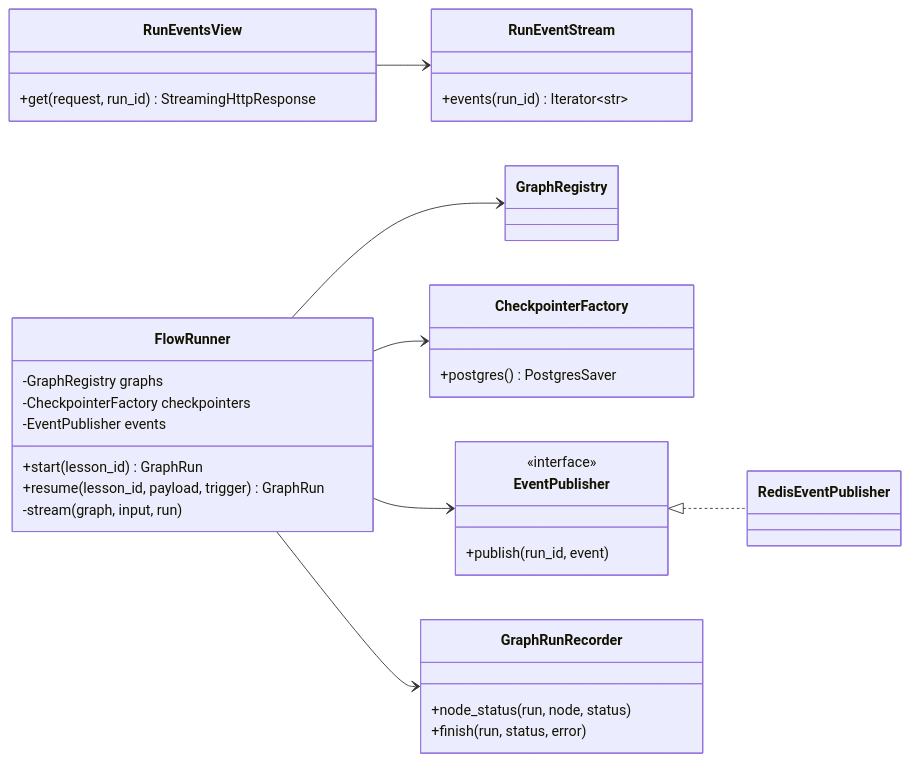
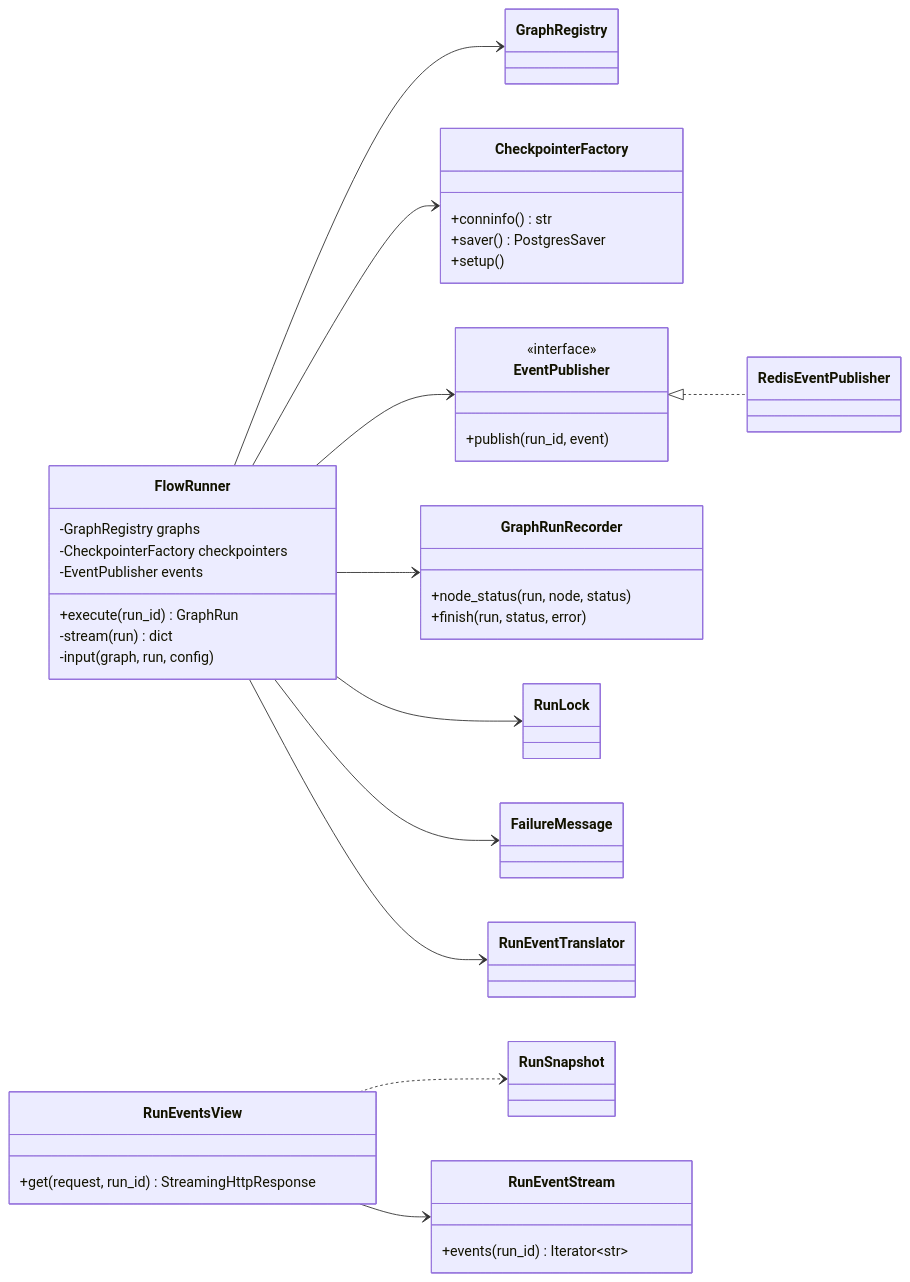
One commit to Satyamkumarjha4/Intelilearn changed diagram 12 of 14 in docs/design.md. Above: the diagram before and after it, drawn with Mermaid. The commit also changed other lines of this file and 7 other files, not shown here.

First line of the commit message:
docs: Phase 3 flow infrastructure and Stage A

````diff
--- a/docs/design.md
+++ b/docs/design.md
@@ -1006,36 +1008,46 @@
 ```mermaid
 classDiagram
     direction LR
     class FlowRunner {
         -GraphRegistry graphs
         -CheckpointerFactory checkpointers
         -EventPublisher events
-        +start(lesson_id) GraphRun
-        +resume(lesson_id, payload, trigger) GraphRun
-        -stream(graph, input, run)
+        +execute(run_id) GraphRun
+        -stream(run) dict
+        -input(graph, run, config)
     }
     class EventPublisher {
         <<interface>>
         +publish(run_id, event)
     }
     class RedisEventPublisher
     class RunEventStream {
         +events(run_id) Iterator~str~
     }
     class RunEventsView {
         +get(request, run_id) StreamingHttpResponse
     }
     class GraphRunRecorder {
         +node_status(run, node, status)
         +finish(run, status, error)
     }
     class CheckpointerFactory {
-        +postgres() PostgresSaver
+        +conninfo() str
+        +saver() PostgresSaver
+        +setup()
     }
+    class RunLock
+    class FailureMessage
+    class RunEventTranslator
+    class RunSnapshot
     FlowRunner --> GraphRegistry
     FlowRunner --> CheckpointerFactory
     FlowRunner --> EventPublisher
     FlowRunner --> GraphRunRecorder
+    FlowRunner --> RunLock
+    FlowRunner --> FailureMessage
+    FlowRunner --> RunEventTranslator
+    RunEventsView ..> RunSnapshot
     EventPublisher <|.. RedisEventPublisher
     RunEventsView --> RunEventStream
 ```
````
